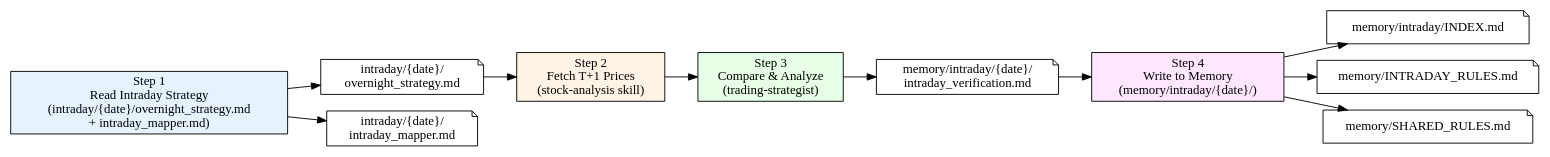
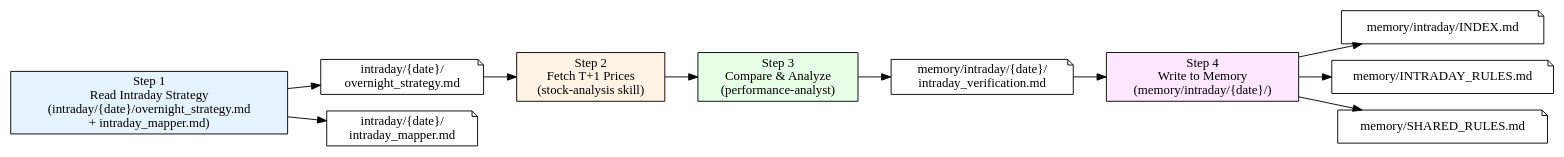
The diagram in .opencode/skills/intraday-trading-review/SKILL.md (mysll/ashare-pilot), drawn with Graphviz before and after one commit. The commit also changed other lines of this file and 16 other files, not shown here.

````diff
--- a/.opencode/skills/intraday-trading-review/SKILL.md
+++ b/.opencode/skills/intraday-trading-review/SKILL.md
@@ -12,28 +12,28 @@
 ```dot
 digraph workflow {
     rankdir=LR;
     node [shape=box];
 
     "Step 1: Read Strategy" [label="Step 1\nRead Intraday Strategy\n(intraday/{date}/overnight_strategy.md\n+ intraday_mapper.md)", style=filled, fillcolor="#e6f3ff"];
     "Step 2: Fetch Actuals" [label="Step 2\nFetch T+1 Prices\n(stock-analysis skill)", style=filled, fillcolor="#fff3e6"];
-    "Step 3: Compare & Analyze" [label="Step 3\nCompare & Analyze\n(trading-strategist)", style=filled, fillcolor="#e6ffe6"];
+    "Step 3: Compare & Analyze" [label="Step 3\nCompare & Analyze\n(performance-analyst)", style=filled, fillcolor="#e6ffe6"];
     "Step 4: Write Memory" [label="Step 4\nWrite to Memory\n(memory/intraday/{date}/)", style=filled, fillcolor="#ffe6ff"];
 
     "intraday/{date}/\novernight_strategy.md" [shape=note];
     "intraday/{date}/\nintraday_mapper.md" [shape=note];
     "memory/intraday/{date}/\nintraday_verification.md" [shape=note];
     "memory/intraday/INDEX.md" [shape=note];
     "memory/INTRADAY_RULES.md" [shape=note];
     "memory/SHARED_RULES.md" [shape=note];
 
     "Step 1: Read Strategy" -> "intraday/{date}/\novernight_strategy.md";
     "Step 1: Read Strategy" -> "intraday/{date}/\nintraday_mapper.md";
     "intraday/{date}/\novernight_strategy.md" -> "Step 2: Fetch Actuals";
     "Step 2: Fetch Actuals" -> "Step 3: Compare & Analyze";
     "Step 3: Compare & Analyze" -> "memory/intraday/{date}/\nintraday_verification.md";
     "memory/intraday/{date}/\nintraday_verification.md" -> "Step 4: Write Memory";
     "Step 4: Write Memory" -> "memory/intraday/INDEX.md";
     "Step 4: Write Memory" -> "memory/INTRADAY_RULES.md";
     "Step 4: Write Memory" -> "memory/SHARED_RULES.md";
 }
 ```
````
